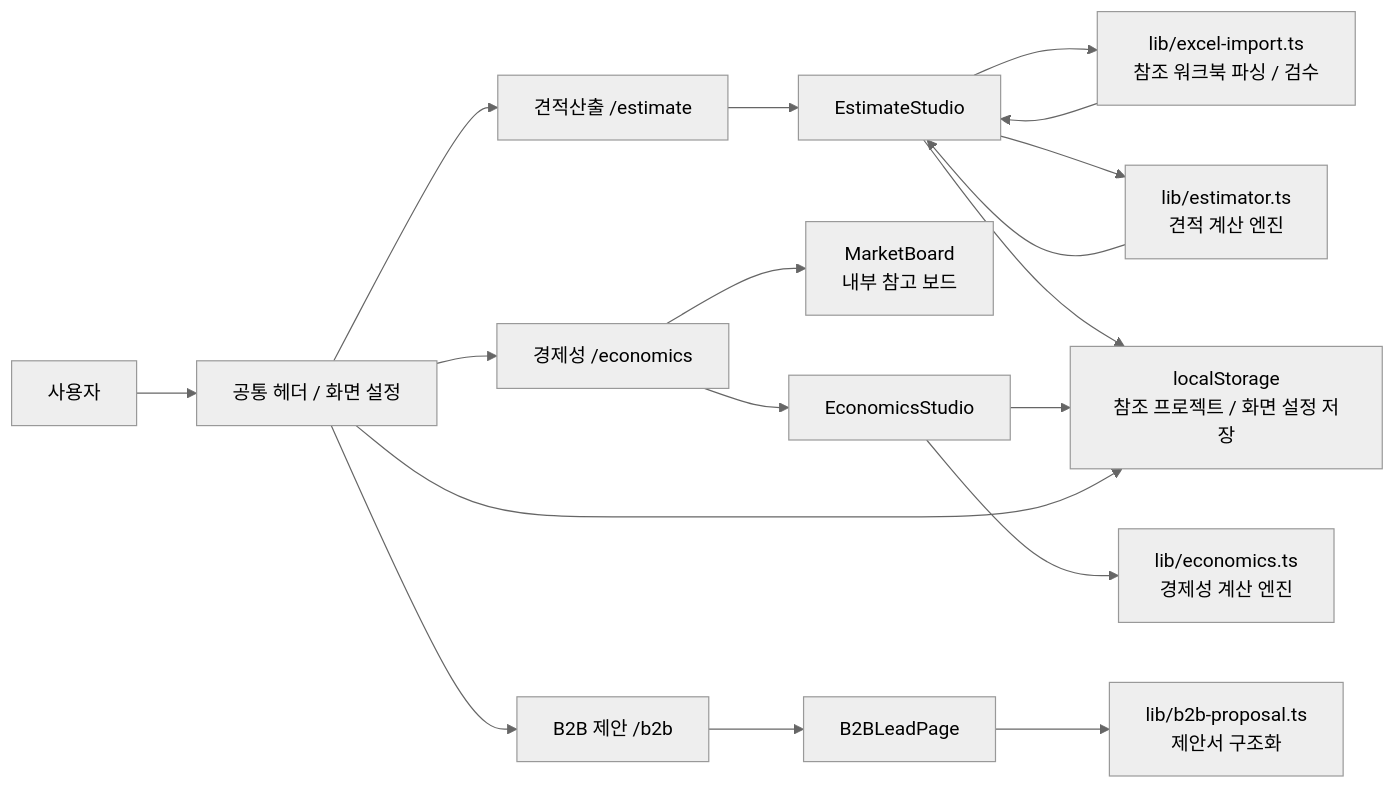
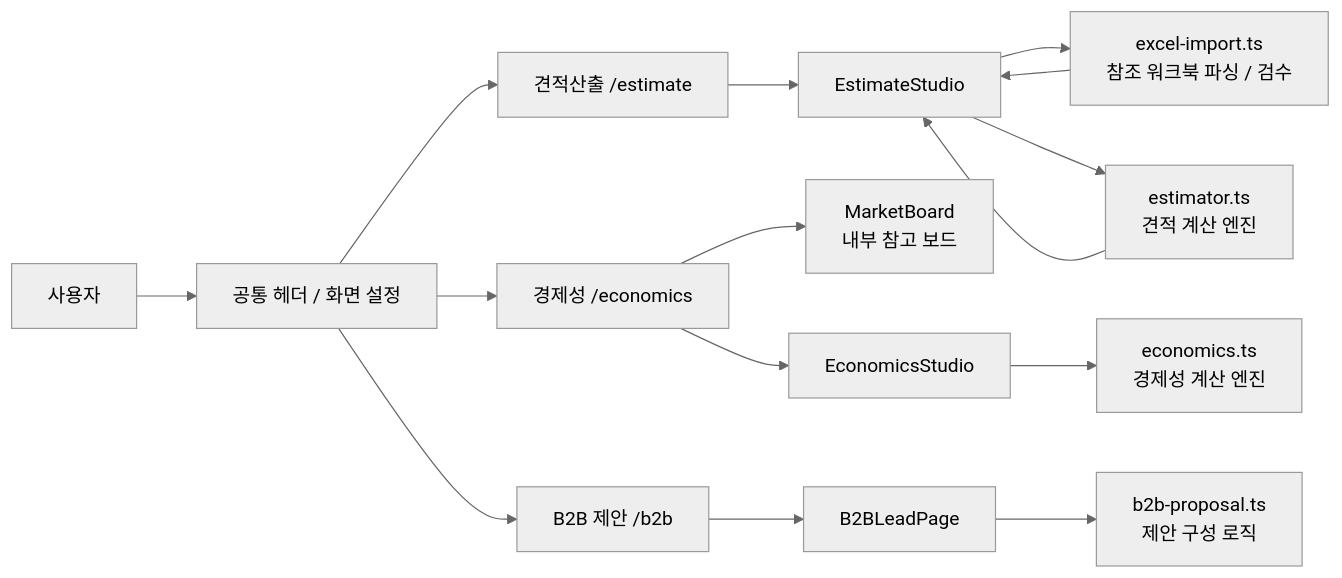
One commit to dmdmkim82/estimationPJT changed the first of 2 diagrams in README.md. Above: the diagram before and after it, drawn with Mermaid (neutral theme). The commit also changed other lines of this file and 12 other files, not shown here.

````diff
--- a/README.md
+++ b/README.md
@@ -58,24 +187,20 @@
 ```mermaid
 flowchart LR
     U["사용자"] --> H["공통 헤더 / 화면 설정"]
     H --> E["견적산출 /estimate"]
     H --> C["경제성 /economics"]
     H --> B["B2B 제안 /b2b"]
 
     E --> ES["EstimateStudio"]
-    ES --> XI["lib/excel-import.ts\n참조 워크북 파싱 / 검수"]
-    ES --> EST["lib/estimator.ts\n견적 계산 엔진"]
+    ES --> XI["excel-import.ts\n참조 워크북 파싱 / 검수"]
+    ES --> EST["estimator.ts\n견적 계산 엔진"]
     XI --> ES
     EST --> ES
 
     C --> MB["MarketBoard\n내부 참고 보드"]
     C --> ECO["EconomicsStudio"]
-    ECO --> EL["lib/economics.ts\n경제성 계산 엔진"]
+    ECO --> EL["economics.ts\n경제성 계산 엔진"]
 
     B --> BP["B2BLeadPage"]
-    BP --> BL["lib/b2b-proposal.ts\n제안서 구조화"]
-
-    ES --> LS["localStorage\n참조 프로젝트 / 화면 설정 저장"]
-    ECO --> LS
-    H --> LS
+    BP --> BL["b2b-proposal.ts\n제안 구성 로직"]
 ```
````
